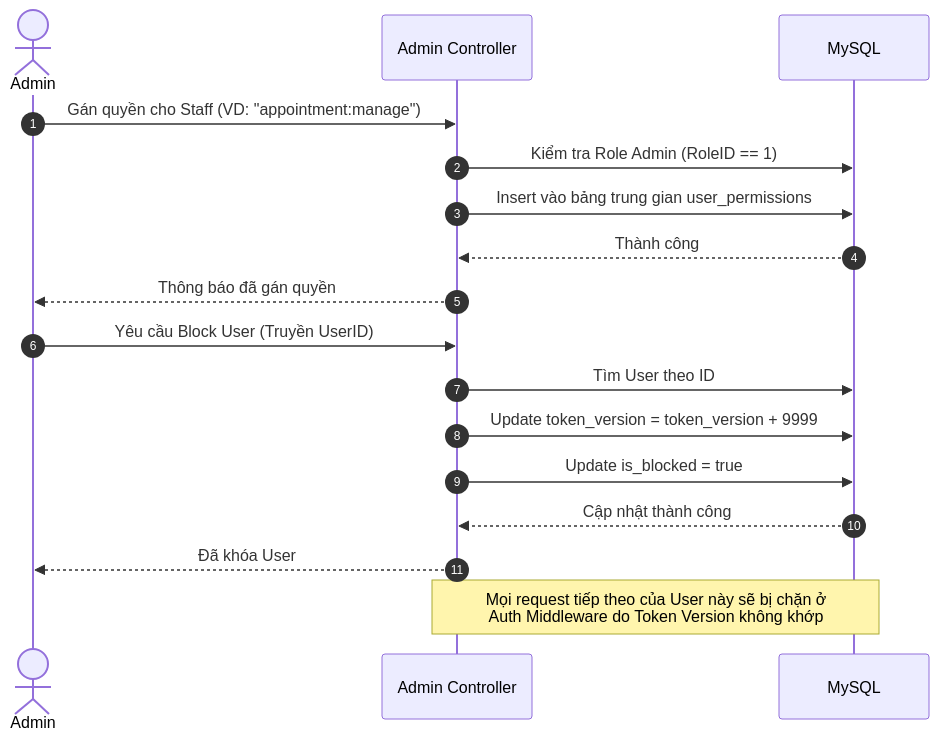
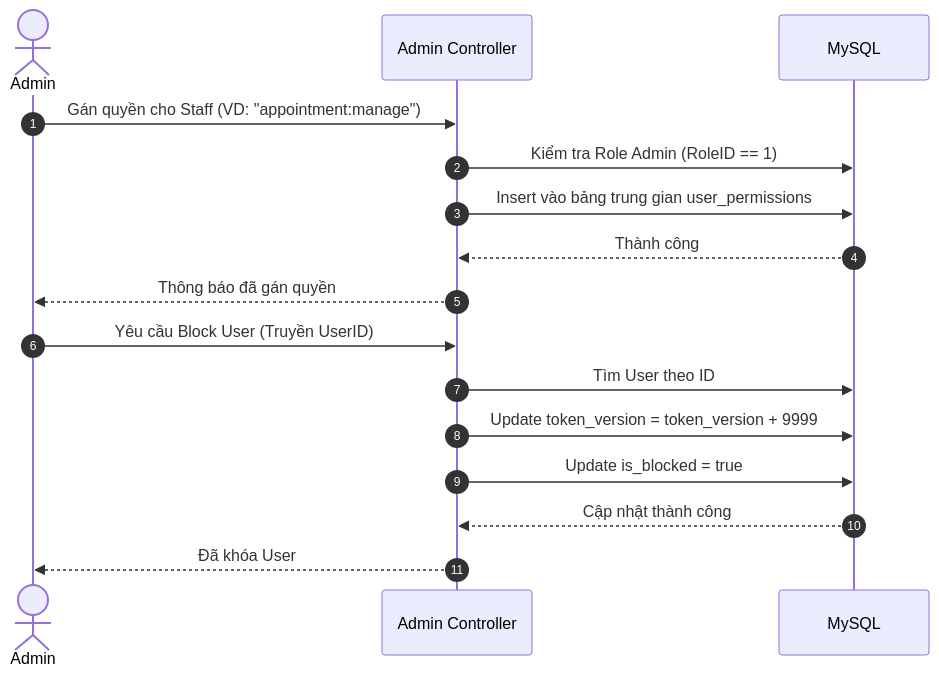
Before and after one commit to 2imBenne/markdown1906: the ninth of 10 diagrams in BE_FLOW_DOCUMENTATION.md, drawn with Mermaid. The commit also changed other lines of this file, not shown here.

````diff
--- a/BE_FLOW_DOCUMENTATION.md
+++ b/BE_FLOW_DOCUMENTATION.md
@@ -256,24 +404,22 @@
 ```mermaid
 sequenceDiagram
     autonumber
     actor Admin
     participant API as Admin Controller
     participant DB as MySQL
 
     %% Luồng cấp quyền cho Staff
     Admin->>API: Gán quyền cho Staff (VD: "appointment:manage")
     API->>DB: Kiểm tra Role Admin (RoleID == 1)
     API->>DB: Insert vào bảng trung gian user_permissions
     DB-->>API: Thành công
     API-->>Admin: Thông báo đã gán quyền
 
     %% Luồng Block/Khóa tài khoản
     Admin->>API: Yêu cầu Block User (Truyền UserID)
     API->>DB: Tìm User theo ID
     API->>DB: Update token_version = token_version + 9999
     API->>DB: Update is_blocked = true
     DB-->>API: Cập nhật thành công
     API-->>Admin: Đã khóa User
-
-    Note over API, DB: Mọi request tiếp theo của User này sẽ bị chặn ở<br>Auth Middleware do Token Version không khớp
 ```
````
